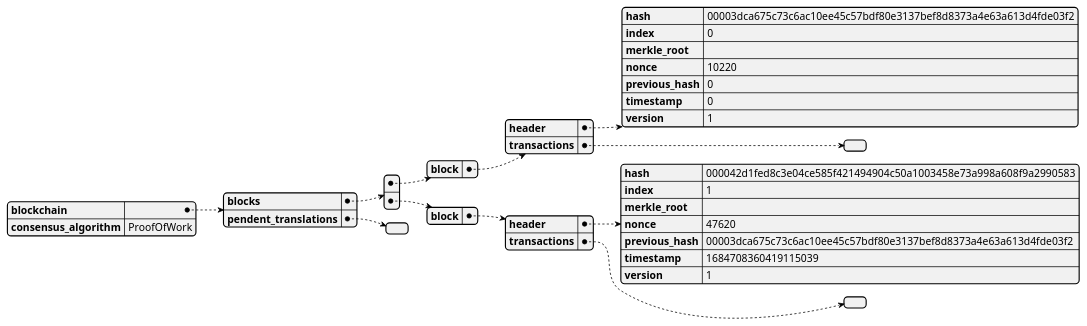
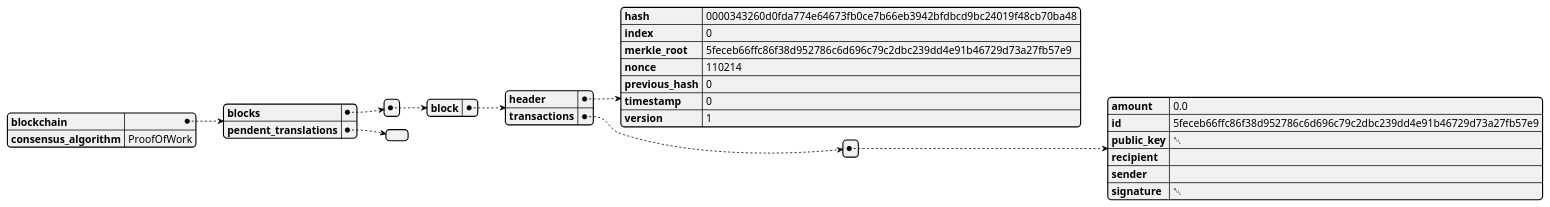
The diagram in src/distributed_legder/state_dumps/self.json.blockchain.json.plantuml (GoliathHagar/distributed_legder_kademlia), drawn with PlantUML before and after one commit. The commit also changed 29 other files, not shown here.

```diff
--- a/src/distributed_legder/state_dumps/self.json.blockchain.json.plantuml
+++ b/src/distributed_legder/state_dumps/self.json.blockchain.json.plantuml
@@ -1,3 +1,3 @@
 @startjson
-{"blockchain":{"blocks":[{"block":{"header":{"hash":"00003dca675c73c6ac10ee45c57bdf80e3137bef8d8373a4e63a613d4fde03f2","index":0,"merkle_root":"","nonce":10220,"previous_hash":"0","timestamp":0,"version":1},"transactions":[]}},{"block":{"header":{"hash":"000042d1fed8c3e04ce585f421494904c50a1003458e73a998a608f9a2990583","index":1,"merkle_root":"","nonce":47620,"previous_hash":"00003dca675c73c6ac10ee45c57bdf80e3137bef8d8373a4e63a613d4fde03f2","timestamp":1684708360419115039,"version":1},"transactions":[]}}],"pendent_translations":[]},"consensus_algorithm":"ProofOfWork"}
+{"blockchain":{"blocks":[{"block":{"header":{"hash":"0000343260d0fda774e64673fb0ce7b66eb3942bfdbcd9bc24019f48cb70ba48","index":0,"merkle_root":"5feceb66ffc86f38d952786c6d696c79c2dbc239dd4e91b46729d73a27fb57e9","nonce":110214,"previous_hash":"0","timestamp":0,"version":1},"transactions":[{"amount":0.0,"id":"5feceb66ffc86f38d952786c6d696c79c2dbc239dd4e91b46729d73a27fb57e9","public_key":null,"recipient":"","sender":"","signature":null}]}}],"pendent_translations":[]},"consensus_algorithm":"ProofOfWork"}
 @endjson
```
